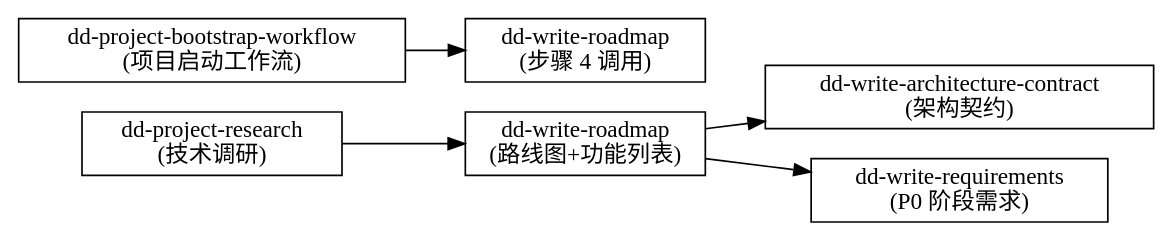
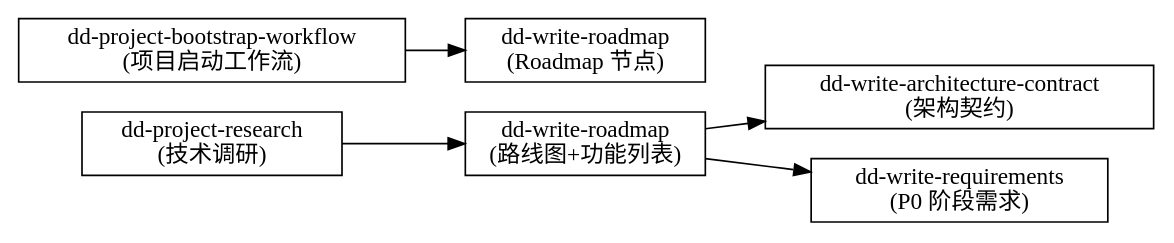
One commit to marcocpt/trae_skills changed the second of 2 diagrams in dd-write-roadmap/SKILL.md. Above: the diagram before and after it, drawn with Graphviz. The commit also changed other lines of this file and 2 other files, not shown here.

Commit message:
refactor(skills): consume bootstrap context upstream

````diff
--- a/dd-write-roadmap/SKILL.md
+++ b/dd-write-roadmap/SKILL.md
@@ -184,10 +195,10 @@
 ```dot
 digraph roadmap_relations {
     rankdir=LR;
     node [shape=box];
     "dd-project-research\n(技术调研)" -> "dd-write-roadmap\n(路线图+功能列表)";
     "dd-write-roadmap\n(路线图+功能列表)" -> "dd-write-architecture-contract\n(架构契约)";
     "dd-write-roadmap\n(路线图+功能列表)" -> "dd-write-requirements\n(P0 阶段需求)";
-    "dd-project-bootstrap-workflow\n(项目启动工作流)" -> "dd-write-roadmap\n(步骤 4 调用)";
+    "dd-project-bootstrap-workflow\n(项目启动工作流)" -> "dd-write-roadmap\n(Roadmap 节点)";
 }
 ```
````
